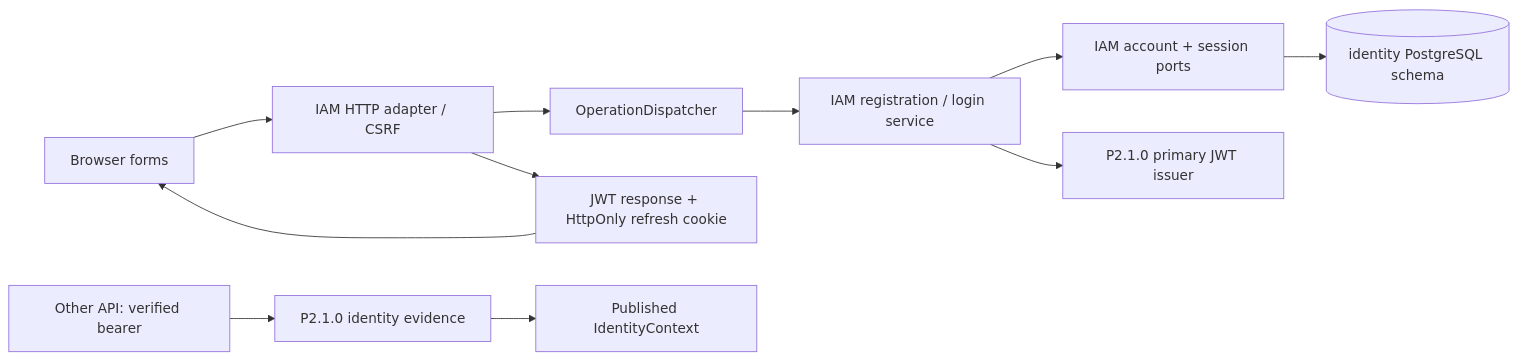
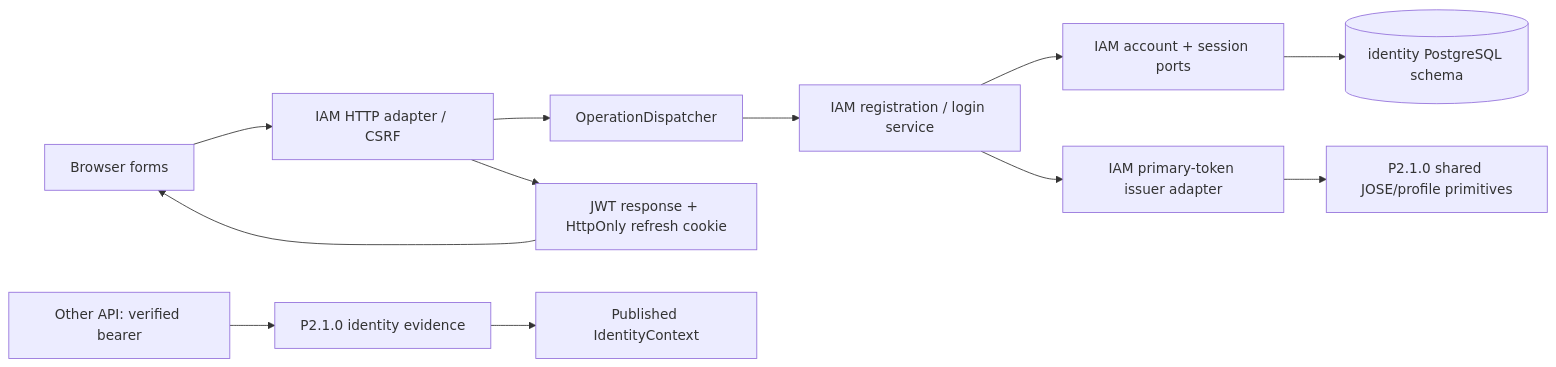
The diagram in docs/internal/tasks/p2.1a-registration-auth/specification.md (frederik-hoeft/min-favs-sharewise), drawn with Mermaid before and after one commit. The commit also changed other lines of this file and 1 other file, not shown here.

````diff
--- a/docs/internal/tasks/p2.1a-registration-auth/specification.md
+++ b/docs/internal/tasks/p2.1a-registration-auth/specification.md
@@ -38,13 +40,14 @@
 ```mermaid
 flowchart LR
     B["Browser forms"] --> H["IAM HTTP adapter / CSRF"]
     H --> D["OperationDispatcher"]
     D --> A["IAM registration / login service"]
     A --> P["IAM account + session ports"]
     P --> DB[("identity PostgreSQL schema")]
-    A --> T["P2.1.0 primary JWT issuer"]
+    A --> T["IAM primary-token issuer adapter"]
+    T --> J["P2.1.0 shared JOSE/profile primitives"]
     H --> B2["JWT response + HttpOnly refresh cookie"]
     B2 --> B
     V["Other API: verified bearer"] --> I["P2.1.0 identity evidence"]
     I --> C["Published IdentityContext"]
 ```
````
